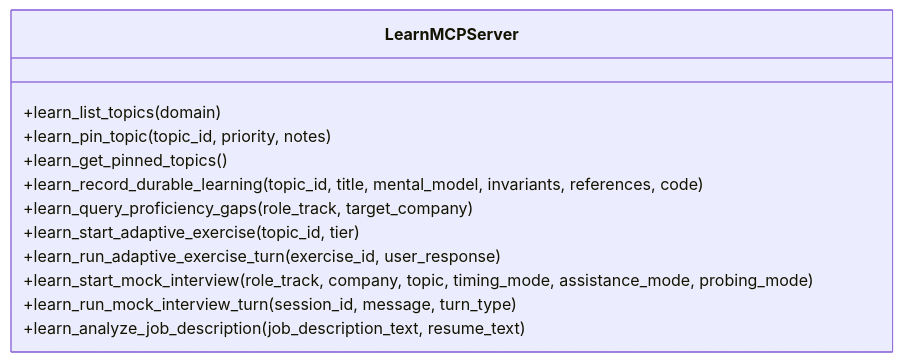
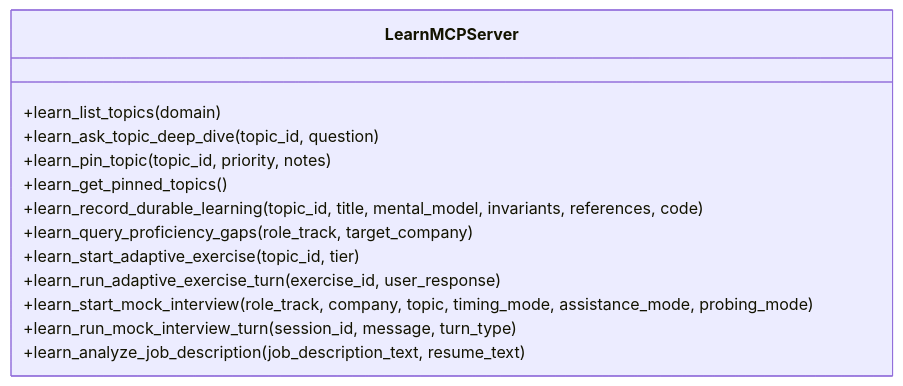
The seventh of 7 diagrams in docs/architecture.md (Savage-Fred/learn), drawn with Mermaid before and after one commit. The commit also changed other lines of this file and 18 other files, not shown here.

Commit message:
docs: finalize architecture, UX specs, and multi-agent review receipts for PR 2

````diff
--- a/docs/architecture.md
+++ b/docs/architecture.md
@@ -697,15 +738,16 @@
 ```mermaid
 classDiagram
     class LearnMCPServer {
         +learn_list_topics(domain)
+        +learn_ask_topic_deep_dive(topic_id, question)
         +learn_pin_topic(topic_id, priority, notes)
         +learn_get_pinned_topics()
         +learn_record_durable_learning(topic_id, title, mental_model, invariants, references, code)
         +learn_query_proficiency_gaps(role_track, target_company)
         +learn_start_adaptive_exercise(topic_id, tier)
         +learn_run_adaptive_exercise_turn(exercise_id, user_response)
         +learn_start_mock_interview(role_track, company, topic, timing_mode, assistance_mode, probing_mode)
         +learn_run_mock_interview_turn(session_id, message, turn_type)
         +learn_analyze_job_description(job_description_text, resume_text)
     }
 ```
````
